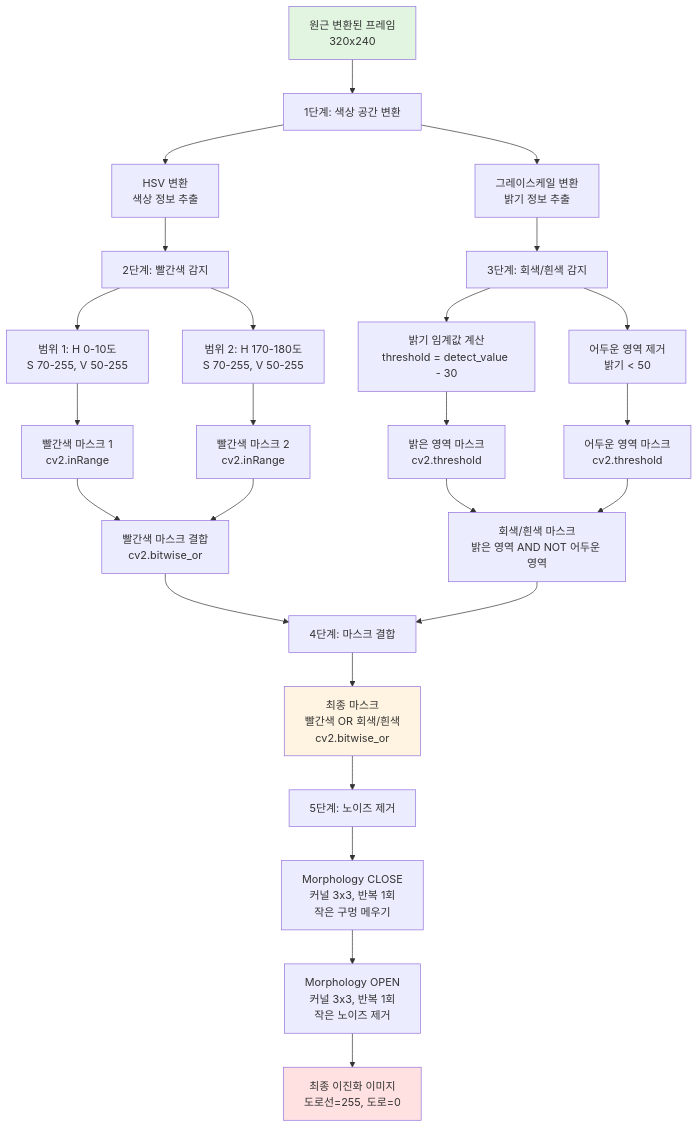
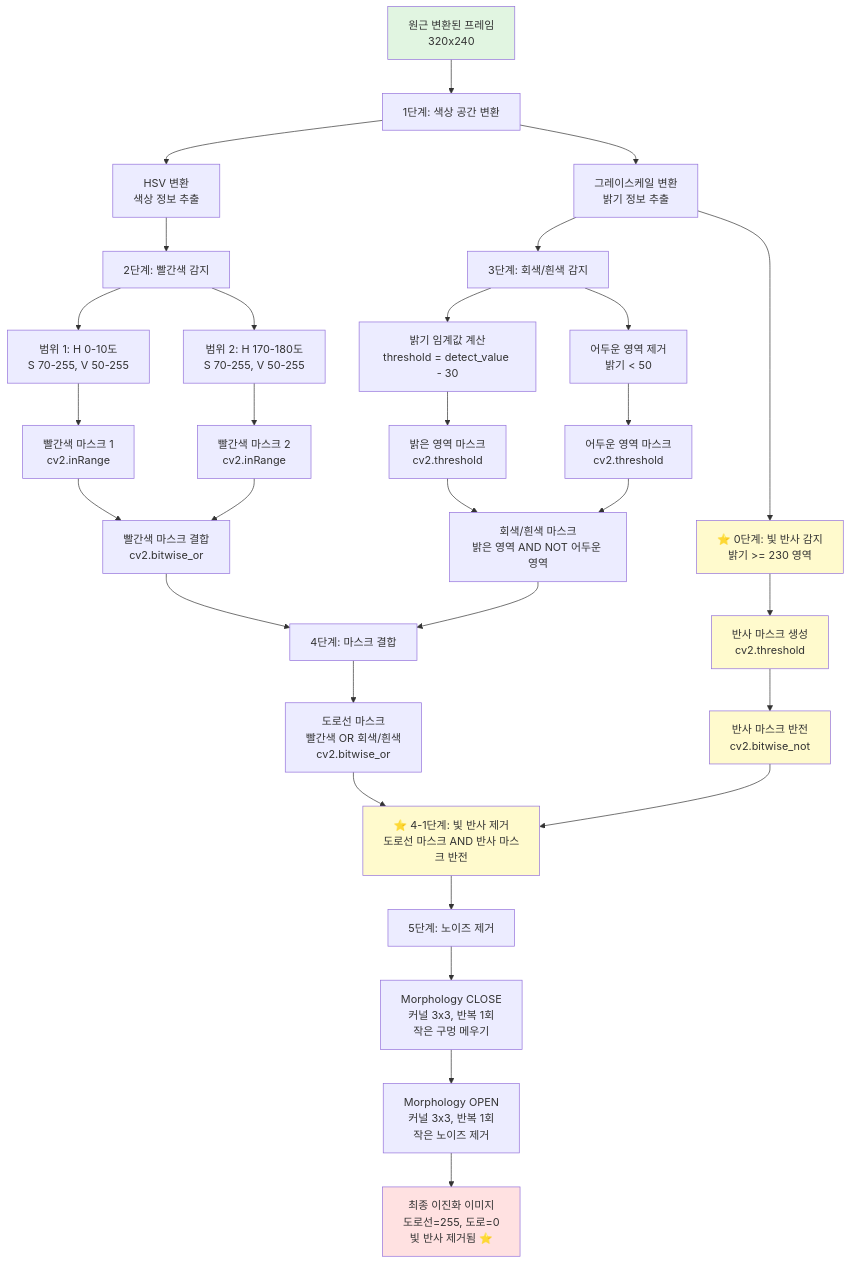
Before and after one commit to Collegenie-X/Raspbot-v2-self-driving-car: diagram 21 of 25 in 03_self_driving/AUTOPLOT_SYSTEM_ANALYSIS.md, drawn with Mermaid. The commit also changed other lines of this file and 2 other files, not shown here.

````diff
--- a/03_self_driving/AUTOPLOT_SYSTEM_ANALYSIS.md
+++ b/03_self_driving/AUTOPLOT_SYSTEM_ANALYSIS.md
@@ -981,35 +1198,45 @@
 ```mermaid
 flowchart TD
     A[원근 변환된 프레임<br/>320x240] --> B[1단계: 색상 공간 변환]
     B --> B1[HSV 변환<br/>색상 정보 추출]
     B --> B2[그레이스케일 변환<br/>밝기 정보 추출]
+    
+    B2 --> B3[⭐ 0단계: 빛 반사 감지<br/>밝기 >= 230 영역]
+    B3 --> B4[반사 마스크 생성<br/>cv2.threshold]
+    B4 --> B5[반사 마스크 반전<br/>cv2.bitwise_not]
     
     B1 --> C[2단계: 빨간색 감지]
     C --> C1[범위 1: H 0-10도<br/>S 70-255, V 50-255]
     C --> C2[범위 2: H 170-180도<br/>S 70-255, V 50-255]
     C1 --> D[빨간색 마스크 1<br/>cv2.inRange]
     C2 --> E[빨간색 마스크 2<br/>cv2.inRange]
     D --> F[빨간색 마스크 결합<br/>cv2.bitwise_or]
     E --> F
     
     B2 --> G[3단계: 회색/흰색 감지]
     G --> G1[밝기 임계값 계산<br/>threshold = detect_value - 30]
     G --> G2[어두운 영역 제거<br/>밝기 < 50]
     G1 --> H[밝은 영역 마스크<br/>cv2.threshold]
     G2 --> I[어두운 영역 마스크<br/>cv2.threshold]
     H --> J[회색/흰색 마스크<br/>밝은 영역 AND NOT 어두운 영역]
     I --> J
     
     F --> K[4단계: 마스크 결합]
     J --> K
-    K --> L[최종 마스크<br/>빨간색 OR 회색/흰색<br/>cv2.bitwise_or]
+    K --> L[도로선 마스크<br/>빨간색 OR 회색/흰색<br/>cv2.bitwise_or]
     
-    L --> M[5단계: 노이즈 제거]
+    L --> L1[⭐ 4-1단계: 빛 반사 제거<br/>도로선 마스크 AND 반사 마스크 반전]
+    B5 --> L1
+    L1 --> M[5단계: 노이즈 제거]
+    
     M --> M1[Morphology CLOSE<br/>커널 3x3, 반복 1회<br/>작은 구멍 메우기]
     M1 --> M2[Morphology OPEN<br/>커널 3x3, 반복 1회<br/>작은 노이즈 제거]
-    M2 --> N[최종 이진화 이미지<br/>도로선=255, 도로=0]
+    M2 --> N[최종 이진화 이미지<br/>도로선=255, 도로=0<br/>빛 반사 제거됨 ⭐]
     
     style A fill:#e1f5e1
     style N fill:#ffe1e1
-    style L fill:#fff4e1
+    style L1 fill:#fffacd
+    style B3 fill:#fffacd
+    style B4 fill:#fffacd
+    style B5 fill:#fffacd
 ```
````
